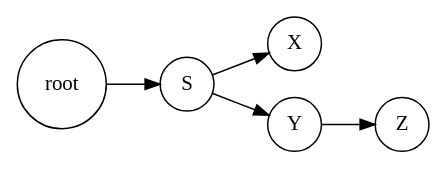
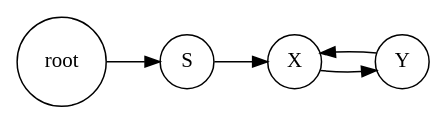
One commit to leegao/LuaInLua changed the diagram in testing/test.dot. Above: the diagram before and after it, drawn with Graphviz. The commit also changed 1 other file, not shown here.

```diff
--- a/testing/test.dot
+++ b/testing/test.dot
@@ -1,14 +1,13 @@
 digraph {
   rankdir=LR;
   size="8,5"
   node[shape=circle,label=""];
   root[label="root"];
   X[label="X"];
   S[label="S"];
   Y[label="Y"];
-  Z[label="Z"];
   root -> S[label=""];
-  S -> Y[label=""];
+  X -> Y[label=""];
   S -> X[label=""];
-  Y -> Z[label=""];
+  Y -> X[label=""];
 }
```
